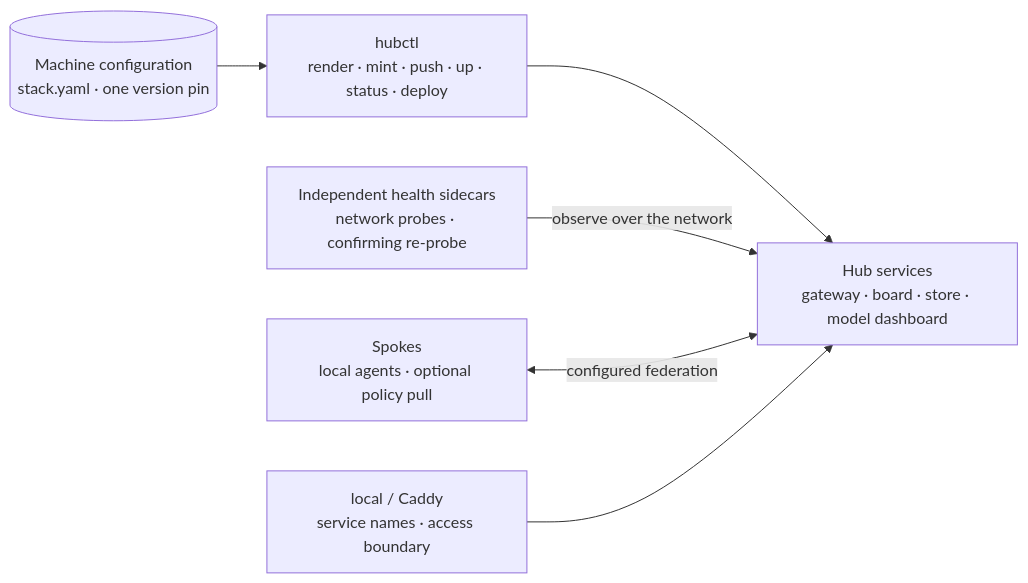
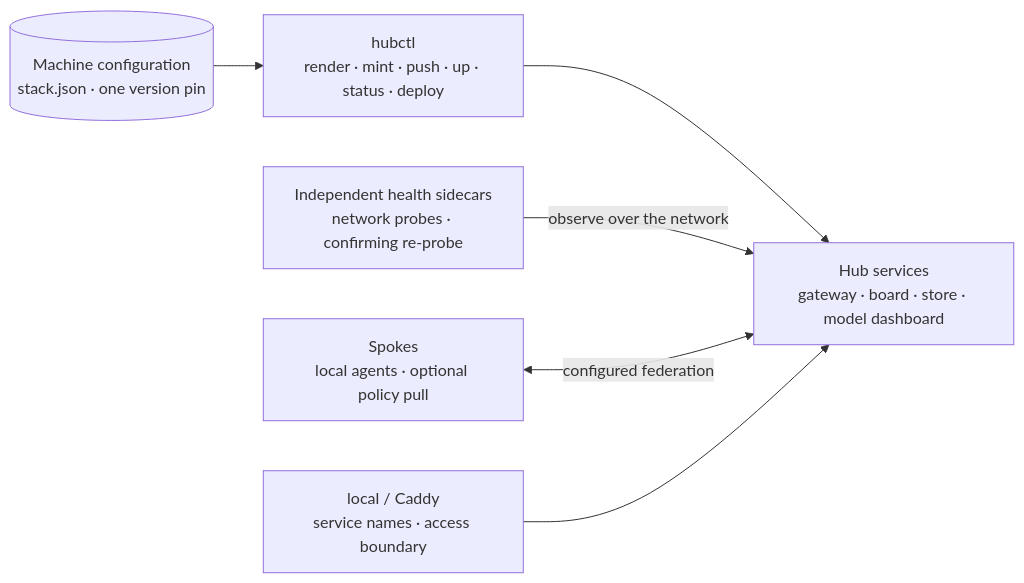
The second of 2 diagrams in README.md (klh/fleet), drawn with Mermaid before and after one commit. The commit also changed other lines of this file and 1 other file, not shown here.

First line of the commit message:
W2173.1 Provenance + front-door: README/CHANGELOG onto .json law names

````diff
--- a/README.md
+++ b/README.md
@@ -223,14 +223,14 @@
 ```mermaid
 flowchart LR
-  CFG[("Machine configuration<br/>stack.yaml · one version pin")]
+  CFG[("Machine configuration<br/>stack.json · one version pin")]
   CTL["hubctl<br/>render · mint · push · up · status · deploy"]
   HUB["Hub services<br/>gateway · board · store · model dashboard"]
   PROBE["Independent health sidecars<br/>network probes · confirming re-probe"]
   SPOKE["Spokes<br/>local agents · optional policy pull"]
   FRONT["local / Caddy<br/>service names · access boundary"]
 
   CFG --> CTL --> HUB
   PROBE -->|"observe over the network"| HUB
   SPOKE <-->|"configured federation"| HUB
   FRONT --> HUB
 ```
````
